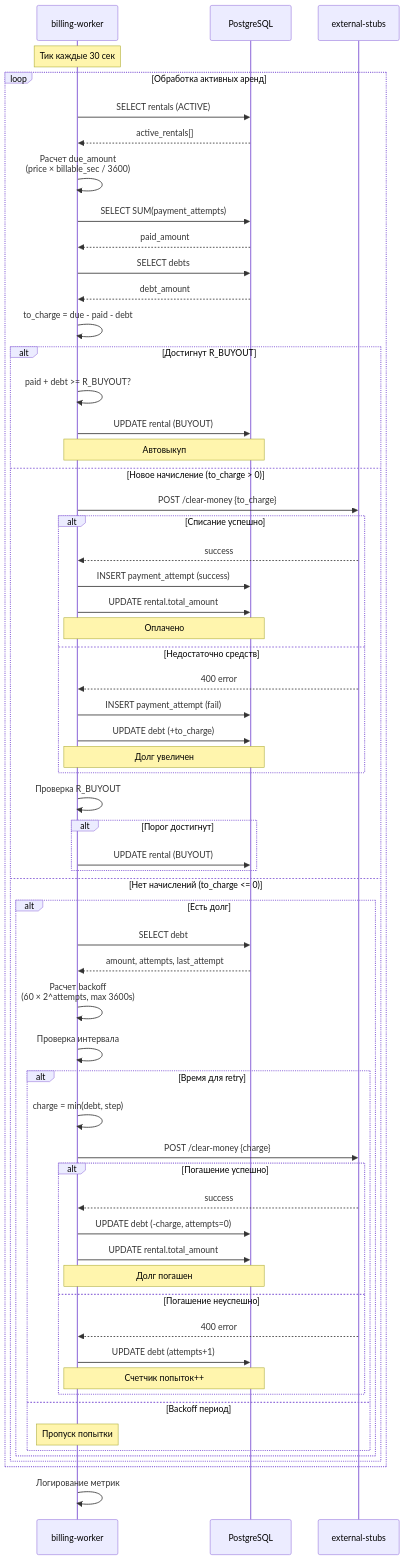
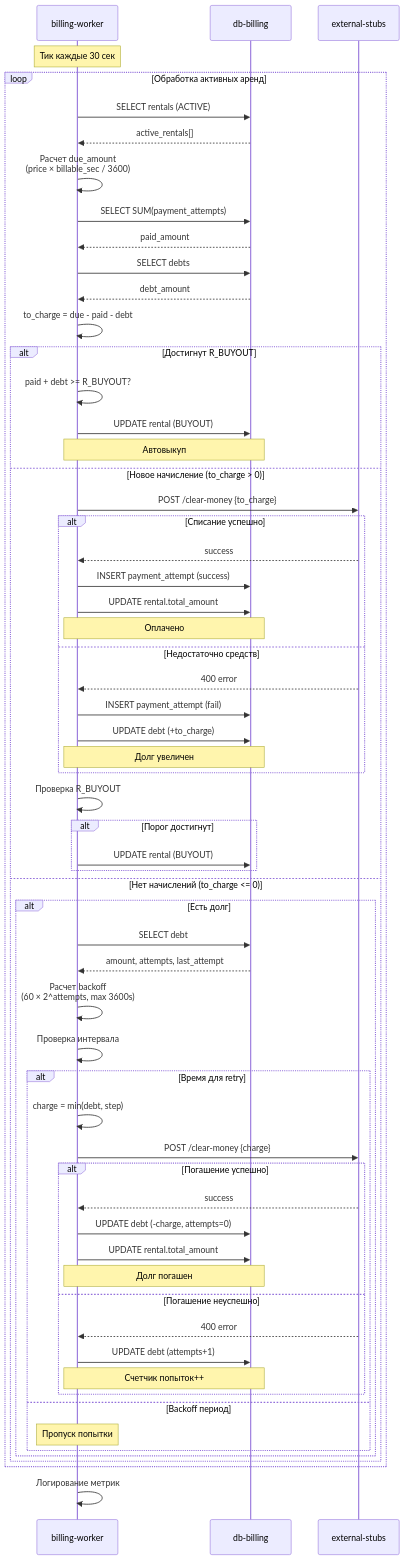
Before and after one commit to AlexanderExp/SysDesign-HW-1: the diagram in diagrams/03-billing-process.md, drawn with Mermaid. The commit also changed 6 other files, not shown here.

Commit message:
Updated diagrams

````diff
--- a/diagrams/03-billing-process.md
+++ b/diagrams/03-billing-process.md
@@ -5,77 +5,77 @@
 ```mermaid
 sequenceDiagram
     participant BW as billing-worker
-    participant PG as PostgreSQL
+    participant PGB as db-billing
     participant ES as external-stubs
     
     Note over BW: Тик каждые 30 сек
     
     loop Обработка активных аренд
-        BW->>PG: SELECT rentals (ACTIVE)
-        PG-->>BW: active_rentals[]
+        BW->>PGB: SELECT rentals (ACTIVE)
+        PGB-->>BW: active_rentals[]
         
         BW->>BW: Расчет due_amount<br/>(price × billable_sec / 3600)
         
-        BW->>PG: SELECT SUM(payment_attempts)
-        PG-->>BW: paid_amount
+        BW->>PGB: SELECT SUM(payment_attempts)
+        PGB-->>BW: paid_amount
         
-        BW->>PG: SELECT debts
-        PG-->>BW: debt_amount
+        BW->>PGB: SELECT debts
+        PGB-->>BW: debt_amount
         
         BW->>BW: to_charge = due - paid - debt
         
         alt Достигнут R_BUYOUT
             BW->>BW: paid + debt >= R_BUYOUT?
-            BW->>PG: UPDATE rental (BUYOUT)
-            Note over BW,PG: Автовыкуп
+            BW->>PGB: UPDATE rental (BUYOUT)
+            Note over BW,PGB: Автовыкуп
         else Новое начисление (to_charge > 0)
             BW->>ES: POST /clear-money {to_charge}
             
             alt Списание успешно
                 ES-->>BW: success
-                BW->>PG: INSERT payment_attempt (success)
-                BW->>PG: UPDATE rental.total_amount
-                Note over BW,PG: Оплачено
+                BW->>PGB: INSERT payment_attempt (success)
+                BW->>PGB: UPDATE rental.total_amount
+                Note over BW,PGB: Оплачено
             else Недостаточно средств
                 ES-->>BW: 400 error
-                BW->>PG: INSERT payment_attempt (fail)
-                BW->>PG: UPDATE debt (+to_charge)
-                Note over BW,PG: Долг увеличен
+                BW->>PGB: INSERT payment_attempt (fail)
+                BW->>PGB: UPDATE debt (+to_charge)
+                Note over BW,PGB: Долг увеличен
             end
             
             BW->>BW: Проверка R_BUYOUT
             alt Порог достигнут
-                BW->>PG: UPDATE rental (BUYOUT)
+                BW->>PGB: UPDATE rental (BUYOUT)
             end
         else Нет начислений (to_charge <= 0)
             alt Есть долг
-                BW->>PG: SELECT debt
-                PG-->>BW: amount, attempts, last_attempt
+                BW->>PGB: SELECT debt
+                PGB-->>BW: amount, attempts, last_attempt
                 
                 BW->>BW: Расчет backoff<br/>(60 × 2^attempts, max 3600s)
                 
                 BW->>BW: Проверка интервала
                 
                 alt Время для retry
                     BW->>BW: charge = min(debt, step)
                     BW->>ES: POST /clear-money {charge}
                     
                     alt Погашение успешно
                         ES-->>BW: success
-                        BW->>PG: UPDATE debt (-charge, attempts=0)
-                        BW->>PG: UPDATE rental.total_amount
-                        Note over BW,PG: Долг погашен
+                        BW->>PGB: UPDATE debt (-charge, attempts=0)
+                        BW->>PGB: UPDATE rental.total_amount
+                        Note over BW,PGB: Долг погашен
                     else Погашение неуспешно
                         ES-->>BW: 400 error
-                        BW->>PG: UPDATE debt (attempts+1)
-                        Note over BW,PG: Счетчик попыток++
+                        BW->>PGB: UPDATE debt (attempts+1)
+                        Note over BW,PGB: Счетчик попыток++
                     end
                 else Backoff период
                     Note over BW: Пропуск попытки
                 end
             end
         end
     end
     
     BW->>BW: Логирование метрик
 ```
````
